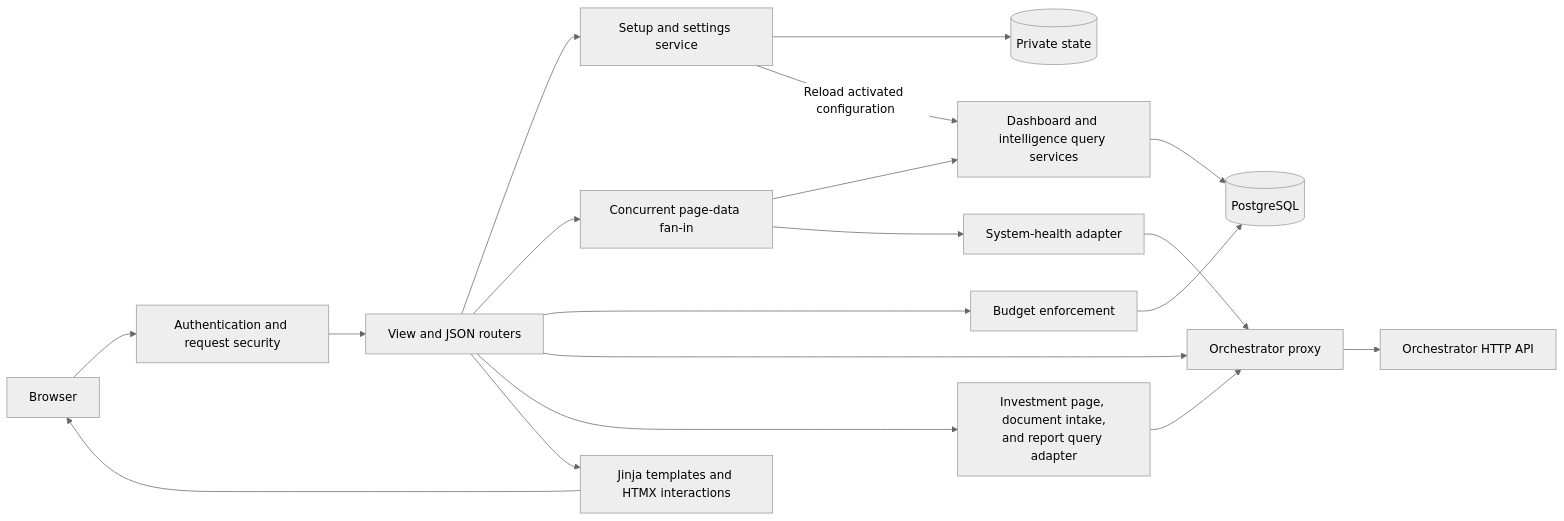
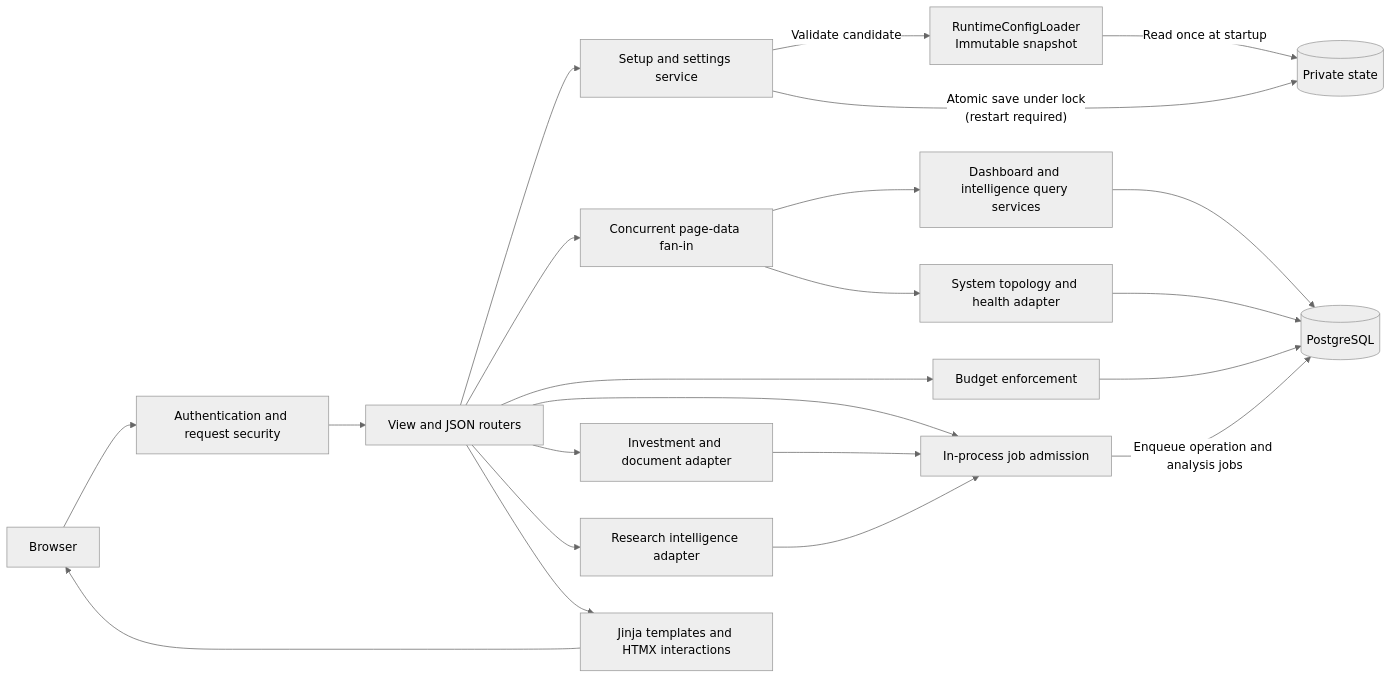
The third of 8 diagrams in docs/architecture/c4-model.md (cpu23/trading-data-platform), drawn with Mermaid (neutral theme) before and after one commit. The commit also changed other lines of this file and 113 other files, not shown here.

First line of the commit message:
refactor: complete immutable three-service runtime cutover

````diff
--- a/docs/architecture/c4-model.md
+++ b/docs/architecture/c4-model.md
@@ -101,34 +94,38 @@
 ```mermaid
 flowchart LR
     Browser["Browser"]
     Routes["View and JSON routers"]
     Auth["Authentication and request security"]
     Setup["Setup and settings service"]
     Queries["Dashboard and intelligence query services"]
     Budget["Budget enforcement"]
-    Proxy["Orchestrator proxy"]
+    Admission["In-process job admission"]
+    Investment["Investment and document adapter"]
+    Research["Research intelligence adapter"]
     Fanout["Concurrent page-data fan-in"]
-    Health["System-health adapter"]
-    Investment["Investment page, document intake,<br/>and report query adapter"]
+    Topology["System topology and health adapter"]
     Templates["Jinja templates and HTMX interactions"]
+    Config["RuntimeConfigLoader<br/>Immutable snapshot"]
     DB[("PostgreSQL")]
     State[("Private state")]
-    Orch["Orchestrator HTTP API"]
 
     Browser --> Auth --> Routes
     Routes --> Setup
     Routes --> Fanout
     Fanout --> Queries
-    Fanout --> Health
+    Fanout --> Topology
     Routes --> Budget
-    Routes --> Proxy
+    Routes --> Admission
     Routes --> Investment
-    Investment --> Proxy
-    Health --> Proxy
+    Routes --> Research
+    Investment --> Admission
+    Research --> Admission
     Routes --> Templates --> Browser
-    Setup --> State
-    Setup -->|"Reload activated configuration"| Queries
+    Setup -->|"Validate candidate"| Config
+    Setup -->|"Atomic save under lock<br/>(restart required)"| State
+    Config -->|"Read once at startup"| State
+    Admission -->|"Enqueue operation and analysis jobs"| DB
     Queries --> DB
     Budget --> DB
-    Proxy --> Orch
+    Topology --> DB
 ```
````
